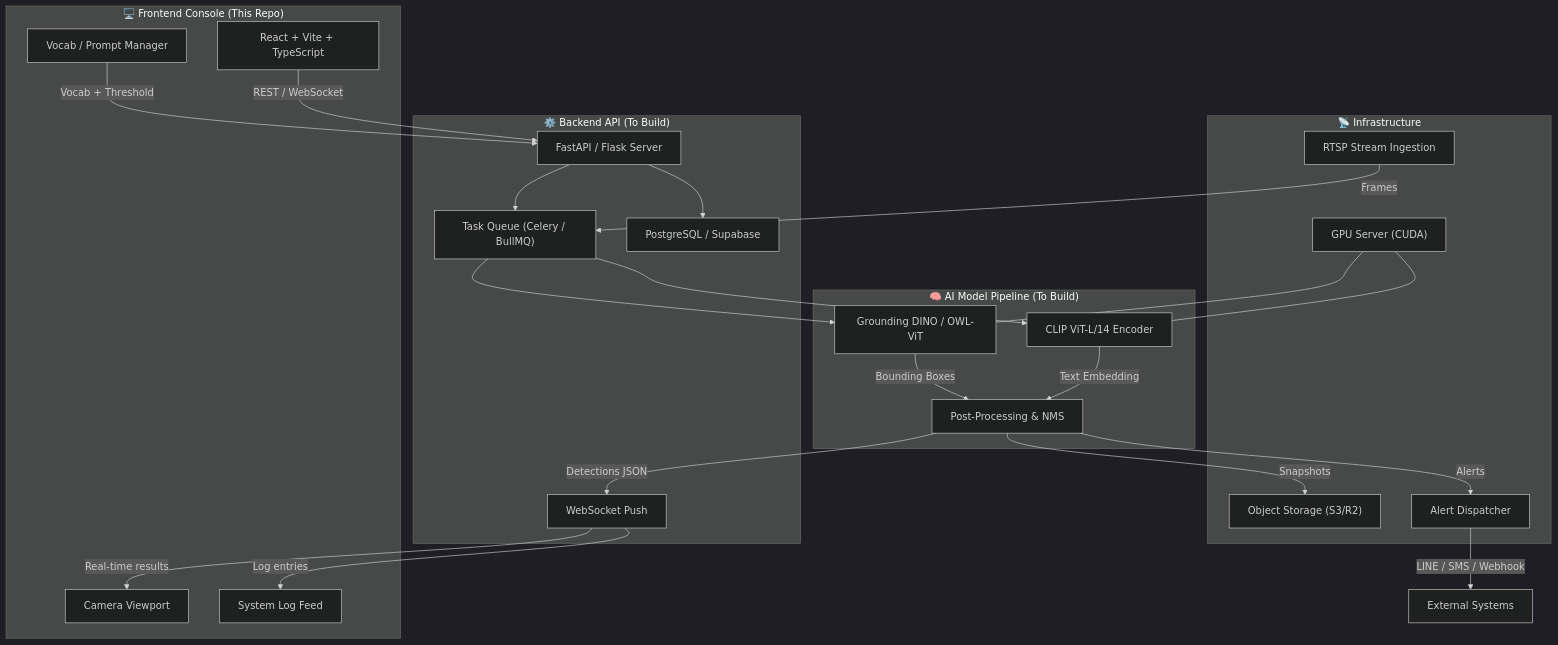
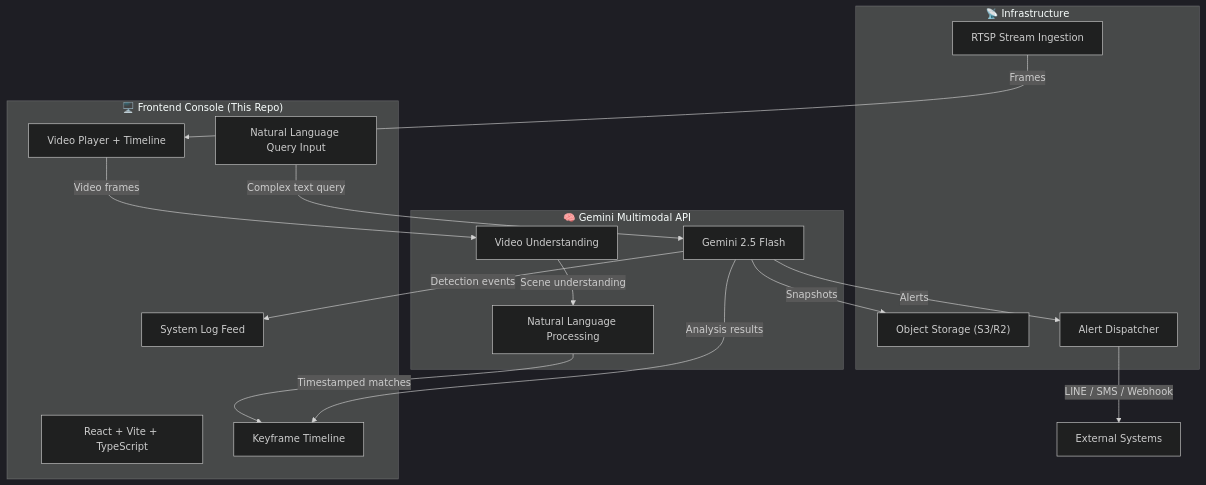
One commit to Panitan-K/Scamtir changed the first of 5 diagrams in README.md. Above: the diagram before and after it, drawn with Mermaid (dark theme). The commit also changed other lines of this file and 8 other files, not shown here.

First line of the commit message:
feat: transition to Gemini File API for video analysis and major UI/UX overhaul

````diff
--- a/README.md
+++ b/README.md
@@ -41,47 +41,33 @@
 ```mermaid
 graph TB
     subgraph Frontend["🖥️ Frontend Console (This Repo)"]
         UI["React + Vite + TypeScript"]
-        VC["Vocab / Prompt Manager"]
-        VP["Camera Viewport"]
+        NLQ["Natural Language Query Input"]
+        VP["Video Player + Timeline"]
+        KF["Keyframe Timeline"]
         LOG["System Log Feed"]
     end
 
-    subgraph Backend["⚙️ Backend API (To Build)"]
-        API["FastAPI / Flask Server"]
-        Q["Task Queue (Celery / BullMQ)"]
-        WS["WebSocket Push"]
-        DB["PostgreSQL / Supabase"]
-    end
-
-    subgraph AI["🧠 AI Model Pipeline (To Build)"]
-        CLIP["CLIP ViT-L/14 Encoder"]
-        GDINO["Grounding DINO / OWL-ViT"]
-        PP["Post-Processing & NMS"]
+    subgraph GeminiAPI["🧠 Gemini Multimodal API"]
+        GM["Gemini 2.5 Flash"]
+        VU["Video Understanding"]
+        NLU["Natural Language Processing"]
     end
 
     subgraph Infra["📡 Infrastructure"]
         RTSP["RTSP Stream Ingestion"]
-        GPU["GPU Server (CUDA)"]
         S3["Object Storage (S3/R2)"]
         ALERT["Alert Dispatcher"]
     end
 
-    UI -->|REST / WebSocket| API
-    VC -->|Vocab + Threshold| API
-    API --> Q
-    Q --> CLIP
-    Q --> GDINO
-    CLIP -->|Text Embedding| PP
-    GDINO -->|Bounding Boxes| PP
-    PP -->|Detections JSON| WS
-    WS -->|Real-time results| VP
-    WS -->|Log entries| LOG
-    RTSP -->|Frames| Q
-    GPU --- CLIP
-    GPU --- GDINO
-    PP -->|Snapshots| S3
-    PP -->|Alerts| ALERT
-    API --> DB
+    NLQ -->|Complex text query| GM
+    VP -->|Video frames| VU
+    GM -->|Analysis results| KF
+    GM -->|Detection events| LOG
+    VU -->|Scene understanding| NLU
+    NLU -->|Timestamped matches| KF
+    RTSP -->|Frames| VP
+    GM -->|Snapshots| S3
+    GM -->|Alerts| ALERT
     ALERT -->|LINE / SMS / Webhook| EXT["External Systems"]
 ```
````
